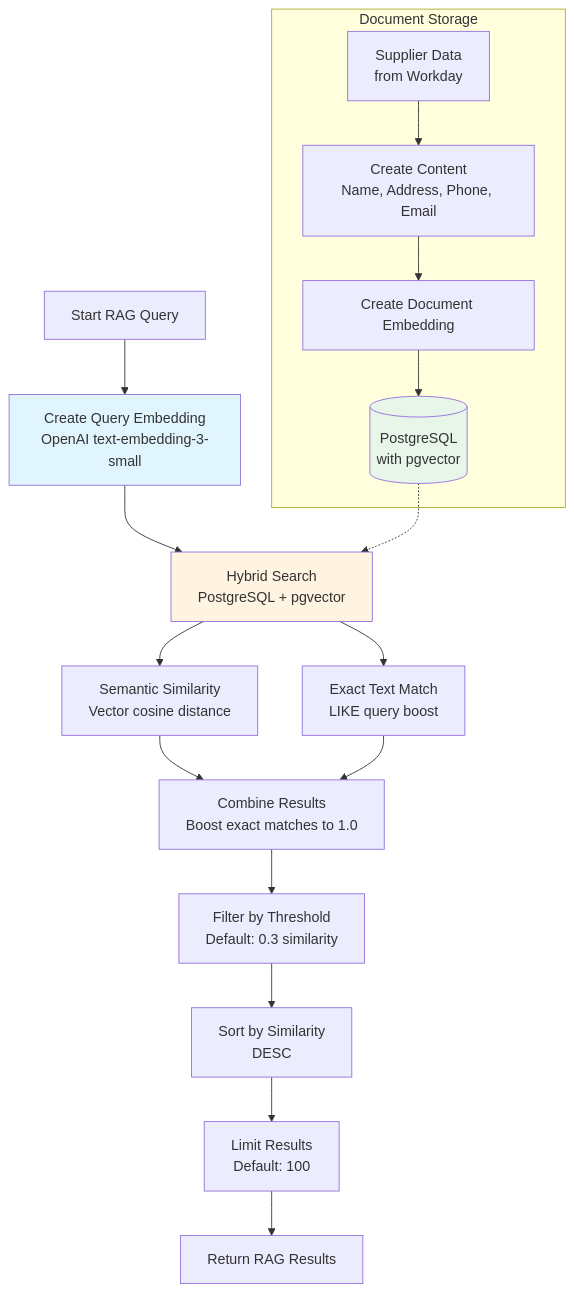
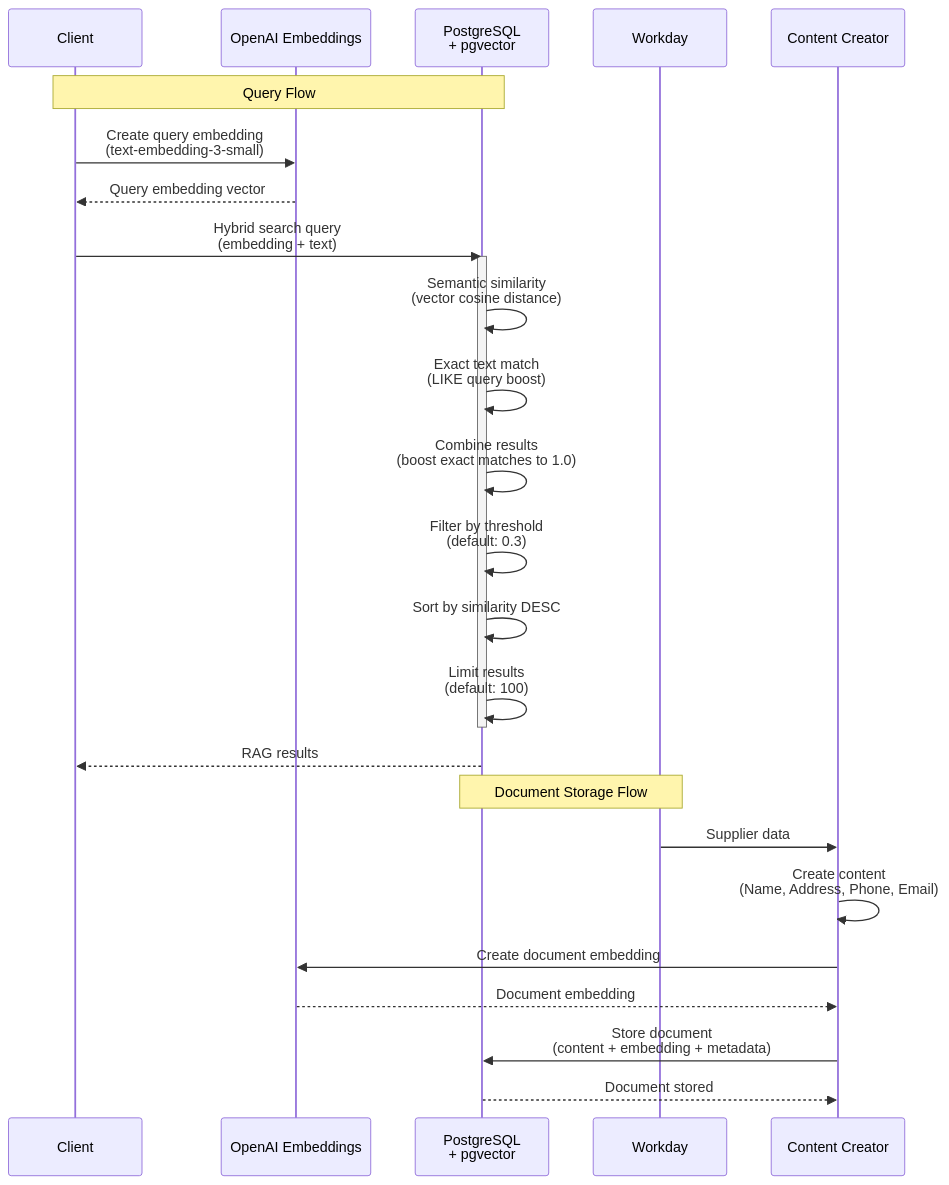
One commit to pgahq/finance-agent changed the second of 6 diagrams in README.md. Above: the diagram before and after it, drawn with Mermaid. The commit also changed other lines of this file, not shown here.

Commit message:
conver to sequence

````diff
--- a/README.md
+++ b/README.md
@@ -269,28 +269,31 @@
 ```mermaid
-flowchart TD
-    START[Start RAG Query] --> CREATE_EMB[Create Query Embedding<br/>OpenAI text-embedding-3-small]
-    CREATE_EMB --> HYBRID_SEARCH[Hybrid Search<br/>PostgreSQL + pgvector]
+sequenceDiagram
+    participant Client
+    participant OpenAI as OpenAI Embeddings
+    participant DB as PostgreSQL<br/>+ pgvector
+    participant Workday
+    participant ContentCreator as Content Creator
     
-    HYBRID_SEARCH --> SEMANTIC[Semantic Similarity<br/>Vector cosine distance]
-    HYBRID_SEARCH --> TEXT_MATCH[Exact Text Match<br/>LIKE query boost]
+    Note over Client,DB: Query Flow
+    Client->>OpenAI: Create query embedding<br/>(text-embedding-3-small)
+    OpenAI-->>Client: Query embedding vector
     
-    SEMANTIC --> COMBINE[Combine Results<br/>Boost exact matches to 1.0]
-    TEXT_MATCH --> COMBINE
+    Client->>DB: Hybrid search query<br/>(embedding + text)
+    activate DB
+    DB->>DB: Semantic similarity<br/>(vector cosine distance)
+    DB->>DB: Exact text match<br/>(LIKE query boost)
+    DB->>DB: Combine results<br/>(boost exact matches to 1.0)
+    DB->>DB: Filter by threshold<br/>(default: 0.3)
+    DB->>DB: Sort by similarity DESC
+    DB->>DB: Limit results<br/>(default: 100)
+    deactivate DB
+    DB-->>Client: RAG results
     
-    COMBINE --> FILTER[Filter by Threshold<br/>Default: 0.3 similarity]
-    FILTER --> SORT[Sort by Similarity<br/>DESC]
-    SORT --> LIMIT[Limit Results<br/>Default: 100]
-    LIMIT --> RETURN[Return RAG Results]
-    
-    subgraph "Document Storage"
-        SUPPLIER_DATA[Supplier Data<br/>from Workday] --> CREATE_CONTENT[Create Content<br/>Name, Address, Phone, Email]
-        CREATE_CONTENT --> CREATE_DOC_EMB[Create Document Embedding]
-        CREATE_DOC_EMB --> STORE[(PostgreSQL<br/>with pgvector)]
-    end
-    
-    STORE -.-> HYBRID_SEARCH
-    
-    style CREATE_EMB fill:#e1f5ff
-    style HYBRID_SEARCH fill:#fff4e1
-    style STORE fill:#e8f5e9
+    Note over Workday,DB: Document Storage Flow
+    Workday->>ContentCreator: Supplier data
+    ContentCreator->>ContentCreator: Create content<br/>(Name, Address, Phone, Email)
+    ContentCreator->>OpenAI: Create document embedding
+    OpenAI-->>ContentCreator: Document embedding
+    ContentCreator->>DB: Store document<br/>(content + embedding + metadata)
+    DB-->>ContentCreator: Document stored
 ```
````
